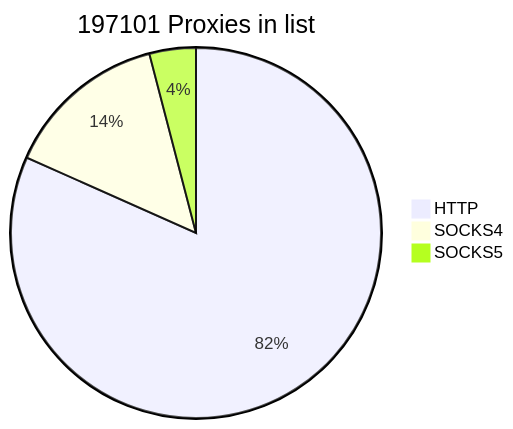
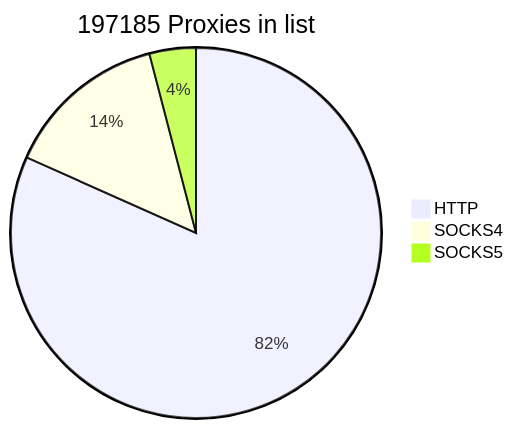
The first of 2 diagrams in README.md (cutipu/proxylist), drawn with Mermaid before and after one commit. The commit also changed other lines of this file, not shown here.

````diff
--- a/README.md
+++ b/README.md
@@ -2,7 +2,7 @@
 ```mermaid
-pie title 197101 Proxies in list
-    "HTTP" : 160972
-    "SOCKS4" : 28142
+pie title 197185 Proxies in list
+    "HTTP" : 161063
+    "SOCKS4" : 28135
     "SOCKS5" : 7987
             
 ```
````
